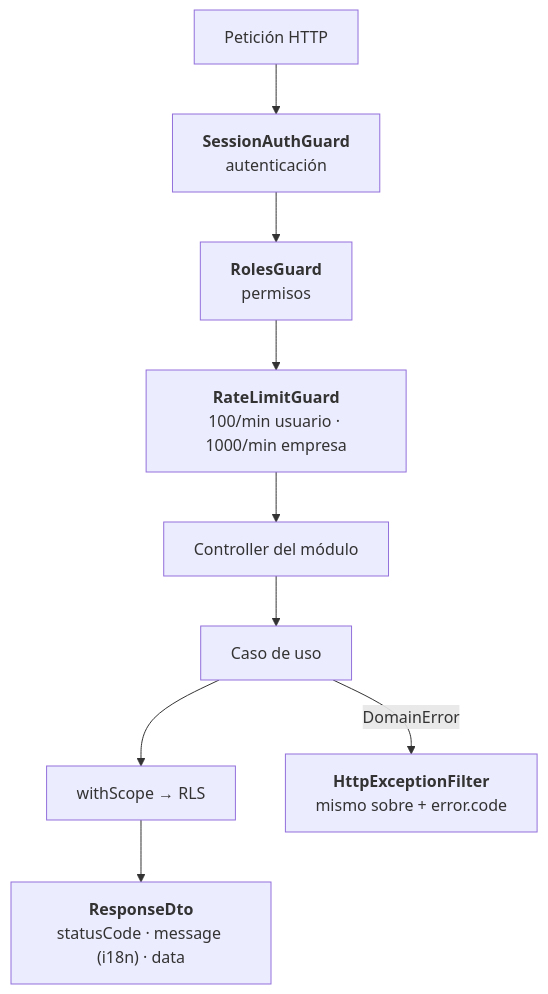
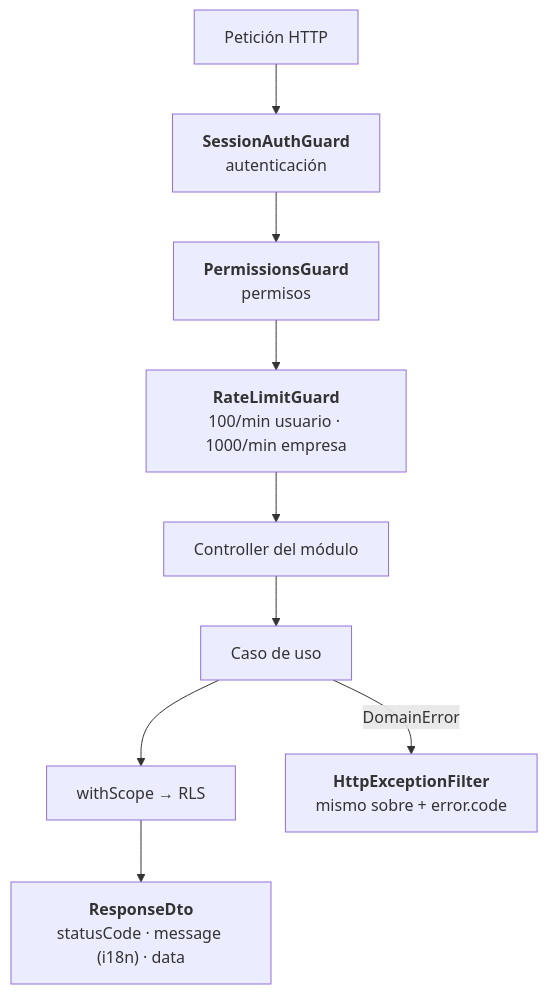
Before and after one commit to Monkey-GRC/Monkey-Brain-IA: the second of 3 diagrams in skills/product/monkey-compliance-council/references/arquitectura/plataforma/01-c4.md, drawn with Mermaid. The commit also changed other lines of this file and 82 other files, not shown here.

````diff
--- a/skills/product/monkey-compliance-council/references/arquitectura/plataforma/01-c4.md
+++ b/skills/product/monkey-compliance-council/references/arquitectura/plataforma/01-c4.md
@@ -23,15 +23,15 @@
 ```mermaid
 flowchart TB
     req["Petición HTTP"]
     g1["<b>SessionAuthGuard</b><br/>autenticación"]
-    g2["<b>RolesGuard</b><br/>permisos"]
+    g2["<b>PermissionsGuard</b><br/>permisos"]
     g3["<b>RateLimitGuard</b><br/>100/min usuario · 1000/min empresa"]
     ctl["Controller del módulo"]
     uc["Caso de uso"]
     ws["withScope → RLS"]
     ok["<b>ResponseDto</b><br/>statusCode · message (i18n) · data"]
     err["<b>HttpExceptionFilter</b><br/>mismo sobre + error.code"]
     req --> g1 --> g2 --> g3 --> ctl --> uc --> ws
     uc -- "DomainError" --> err
     ws --> ok
 ```
````
